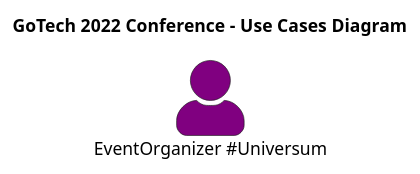
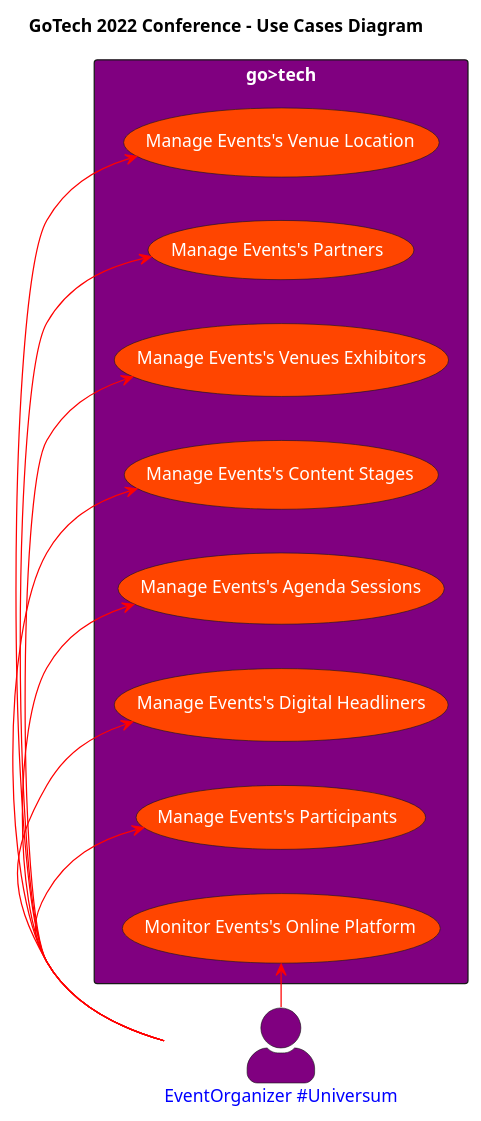
The diagram in documentation/gotech_iterative_use_cases_diagram.puml (antoniealberto/demoCleanArchitecture), drawn with PlantUML before and after one commit. The commit also changed 1 other file, not shown here.

```diff
--- a/documentation/gotech_iterative_use_cases_diagram.puml
+++ b/documentation/gotech_iterative_use_cases_diagram.puml
@@ -1,16 +1,39 @@
 @startuml
 
 title GoTech 2022 Conference - Use Cases Diagram
 left to right direction
 skinparam actorStyle awesome
+skinparam actorFontColor blue
 skinparam usecase {
 backgroundColor OrangeRed
 fontColor white
 }
 skinparam rectangle {
 fontColor white
 }
 
+
 :EventOrganizer #Universum: as EA #Purple
 
+rectangle "go>tech" as GT #Purple {
+usecase (Manage Events's Venue Location) as ML
+usecase (Manage Events's Partners) as MP
+usecase (Manage Events's Venues Exhibitors) as ME
+usecase (Manage Events's Content Stages) as MS
+usecase (Manage Events's Agenda Sessions) as MA
+usecase (Manage Events's Digital Headliners) as MH
+usecase (Manage Events's Participants) as MV
+usecase (Monitor Events's Online Platform) as MoP
+
+EA -right-> ML #Red
+EA -right-> MP #Red
+EA -right-> ME #Red
+EA -right-> MS #Red
+EA -right-> MA #Red
+EA -right-> MH #Red
+EA -right-> MV #Red
+EA -right-> MoP #Red
+
+}
+
 @enduml
```
